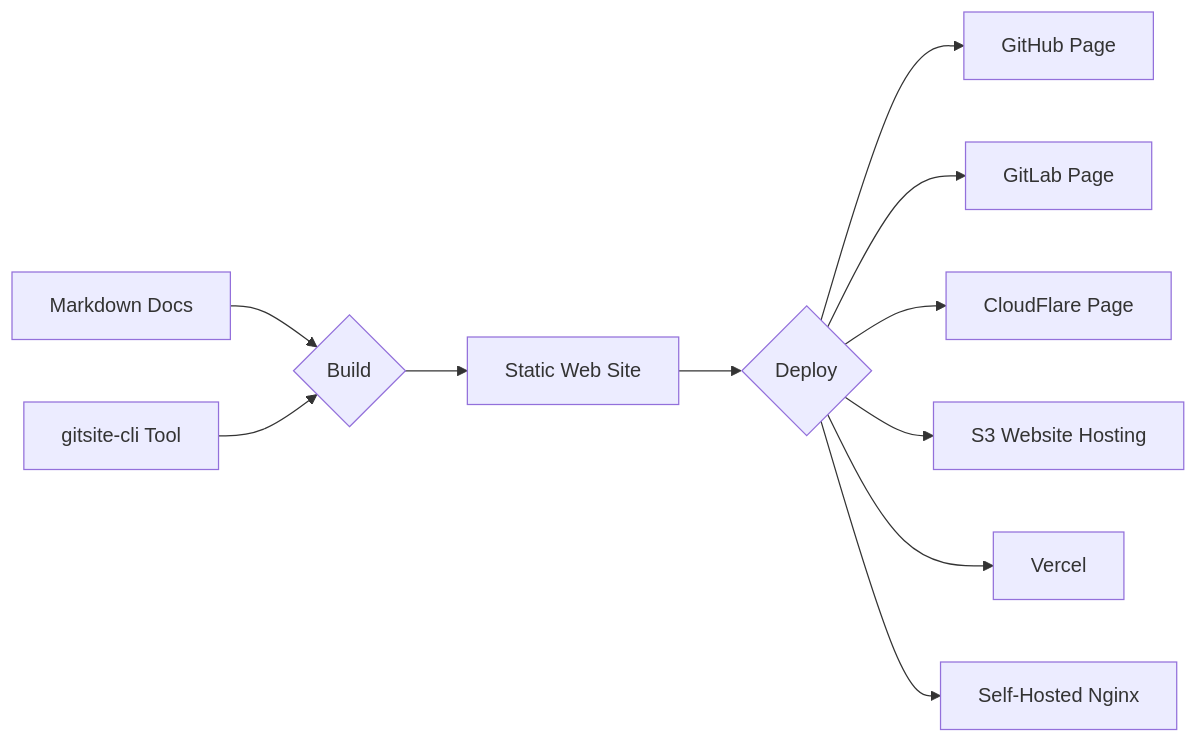
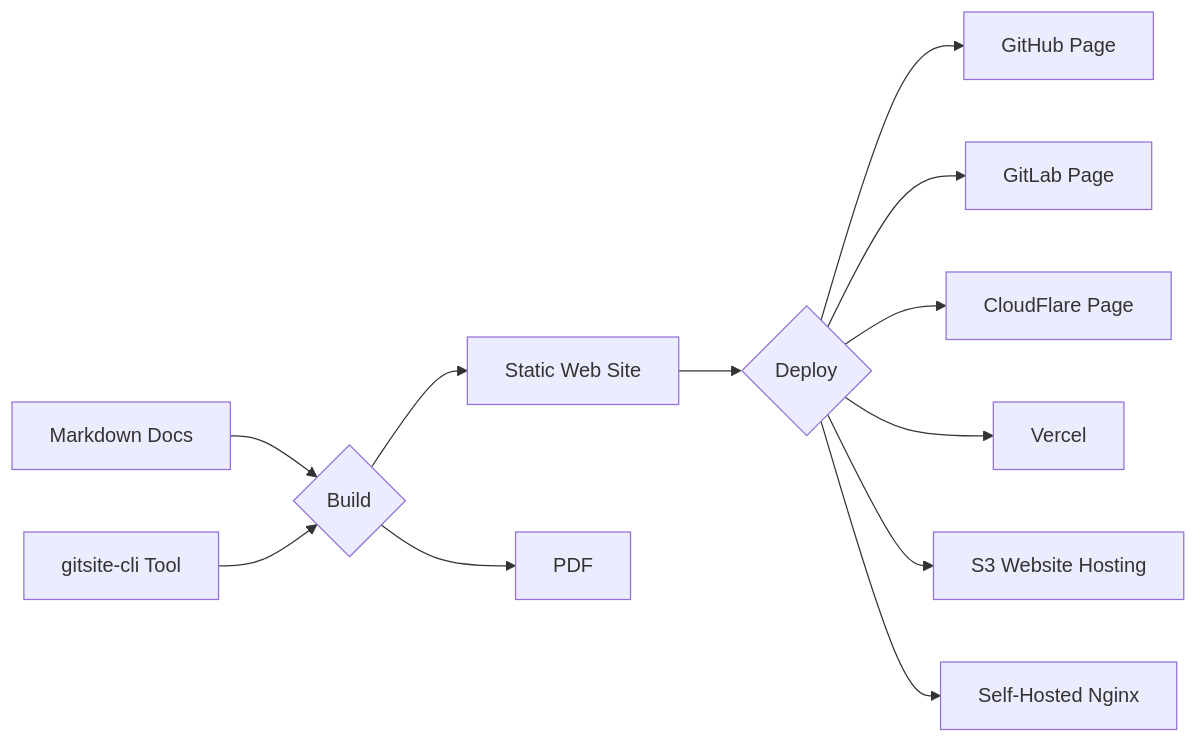
One commit to michaelliao/gitsite changed the diagram in README.md. Above: the diagram before and after it, drawn with Mermaid.

````diff
--- a/README.md
+++ b/README.md
@@ -10,18 +10,19 @@
 ```mermaid
 flowchart LR
     md[Markdown Docs]
     gitsite[gitsite-cli Tool]
     build{Build}
     deploy{Deploy}
     html[Static Web Site]
     md --> build
     gitsite --> build
     build --> html
     html --> deploy
     deploy --> github[GitHub Page]
     deploy --> gitlab[GitLab Page]
     deploy --> cloudflare[CloudFlare Page]
+    deploy --> vercel[Vercel]
     deploy --> s3[S3 Website Hosting]
-    deploy --> vercel[Vercel]
     deploy --> nginx[Self-Hosted Nginx]
+    build --> PDF
 ```
````
